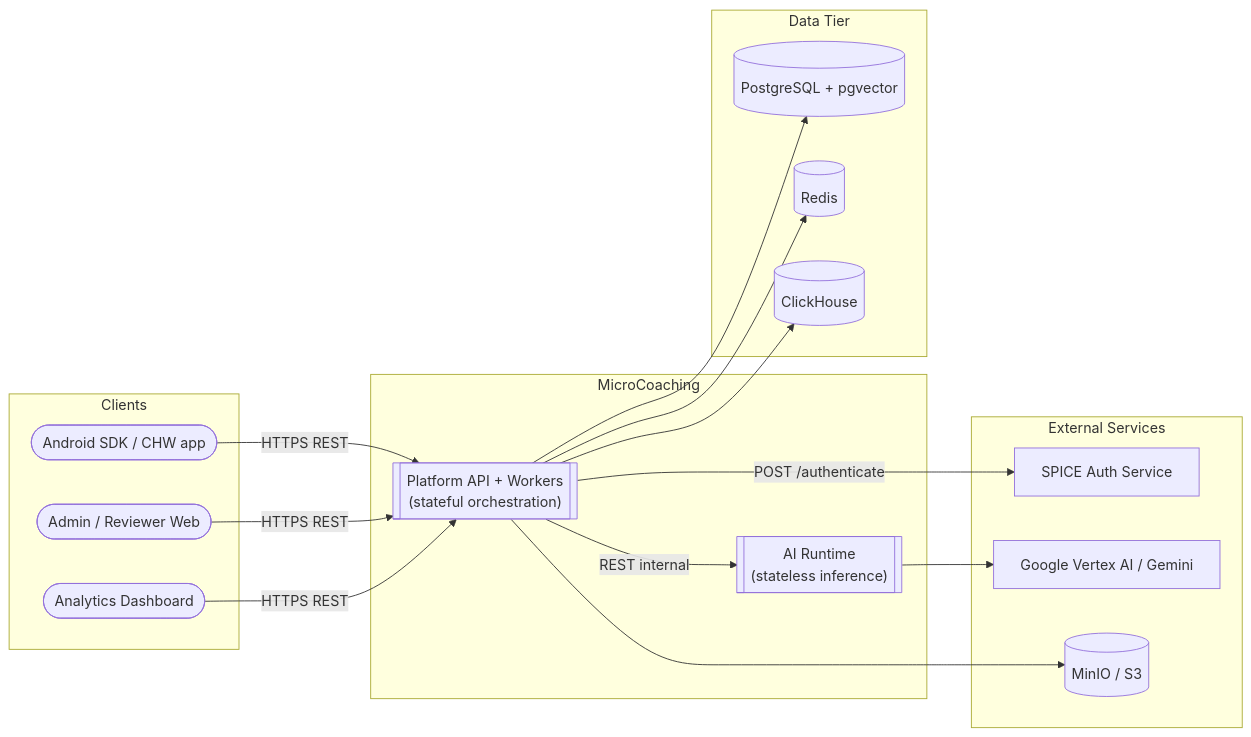
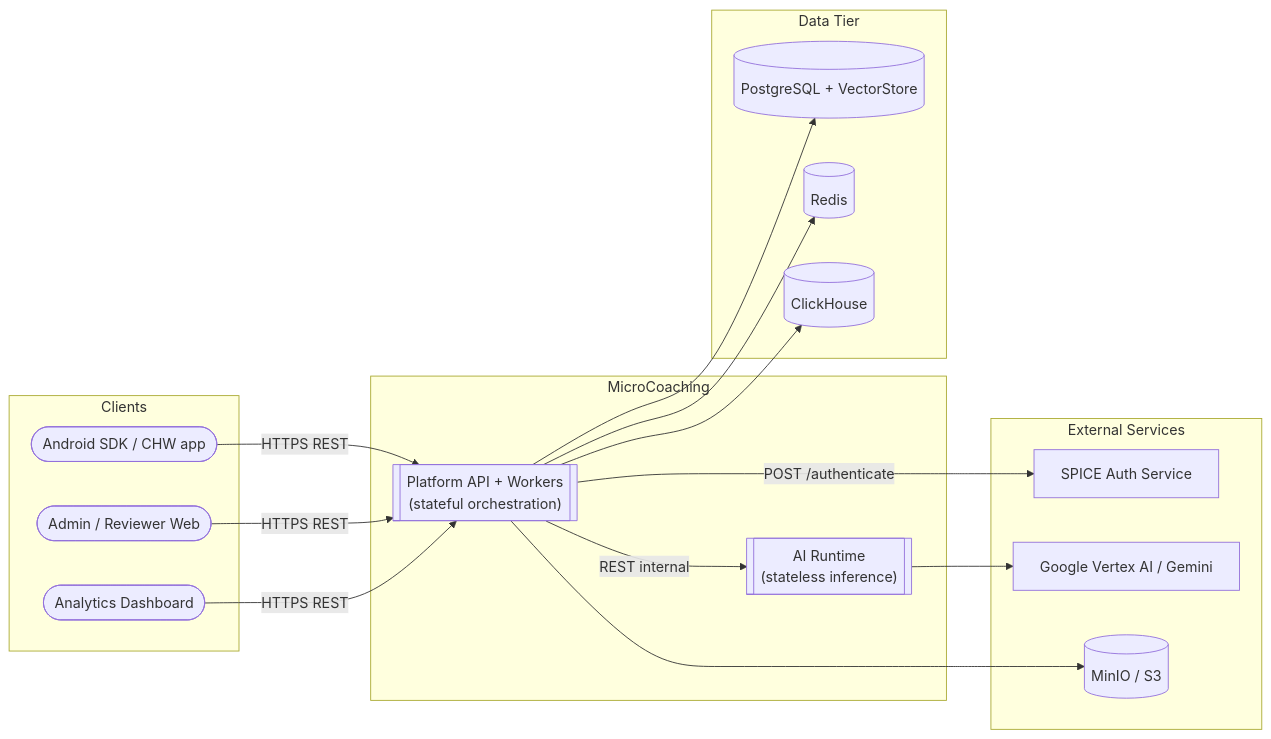
Before and after one commit to sanket04-beehyv/spice-coaching: the first of 11 diagrams in docs/ARCHITECTURE.md, drawn with Mermaid. The commit also changed other lines of this file and 300 other files, not shown here.

````diff
--- a/docs/ARCHITECTURE.md
+++ b/docs/ARCHITECTURE.md
@@ -57,36 +57,36 @@
 ```mermaid
 graph LR
     subgraph "Clients"
         AndroidSDK([Android SDK / CHW app])
         AdminWeb([Admin / Reviewer Web])
         AnalyticsUI([Analytics Dashboard])
     end
 
     subgraph "MicroCoaching"
         Platform[["Platform API + Workers\n(stateful orchestration)"]]
         AIRuntime[["AI Runtime\n(stateless inference)"]]
     end
 
     subgraph "External Services"
         SPICE[SPICE Auth Service]
         Vertex[Google Vertex AI / Gemini]
         MinIO[(MinIO / S3)]
     end
 
     subgraph "Data Tier"
-        PG[(PostgreSQL + pgvector)]
+        PG[(PostgreSQL + VectorStore)]
         Redis[(Redis)]
         CH[(ClickHouse)]
     end
 
     AndroidSDK -->|HTTPS REST| Platform
     AdminWeb -->|HTTPS REST| Platform
     AnalyticsUI -->|HTTPS REST| Platform
     Platform -->|POST /authenticate| SPICE
     Platform -->|REST internal| AIRuntime
     Platform --> PG
     Platform --> Redis
     Platform --> CH
     Platform --> MinIO
     AIRuntime --> Vertex
 ```
````
